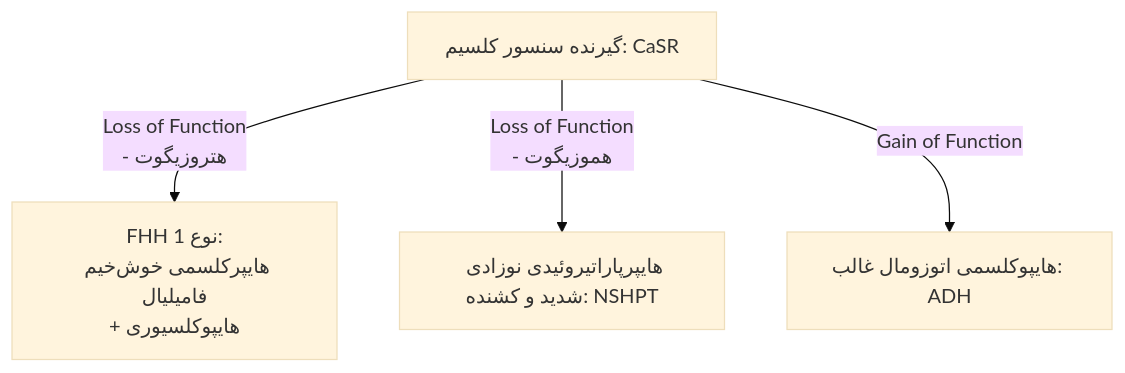
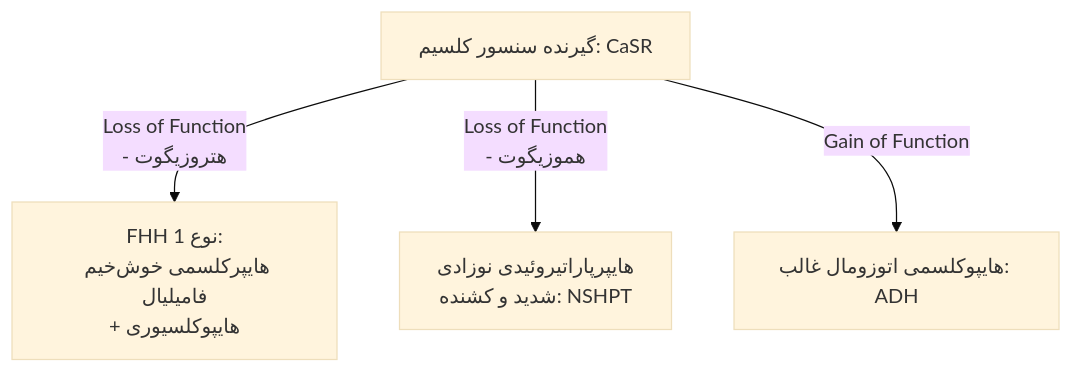
One commit to neopulse-hub/TUMS-1402-1-neo changed the second of 5 diagrams in 07/مبانی غدد/اختلالات کلسیم.md. Above: the diagram before and after it, drawn with Mermaid (base theme). The commit also changed other lines of this file, not shown here.

````diff
--- a/07/مبانی غدد/اختلالات کلسیم.md
+++ b/07/مبانی غدد/اختلالات کلسیم.md
@@ -49,7 +49,7 @@
 ```mermaid
 graph TD
     CaSR[گیرنده سنسور کلسیم: CaSR]
     CaSR -->|Loss of Function<br>- هتروزیگوت| FHH[FHH نوع 1:<br>هایپرکلسمی خوش‌خیم فامیلیال<br>+ هایپوکلسیوری]
-    CaSR -->|Loss of Function<br>- هموزیگوت| NSHPT[هایپرپاراتیروئیدی نوزادی شدید و کشنده: NSHPT]
+    CaSR -->|Loss of Function<br>- هموزیگوت| NSHPT[هایپرپاراتیروئیدی نوزادی<br>شدید و کشنده: NSHPT]
     CaSR -->|Gain of Function| ADH[هایپوکلسمی اتوزومال غالب: ADH]
 ```
````
